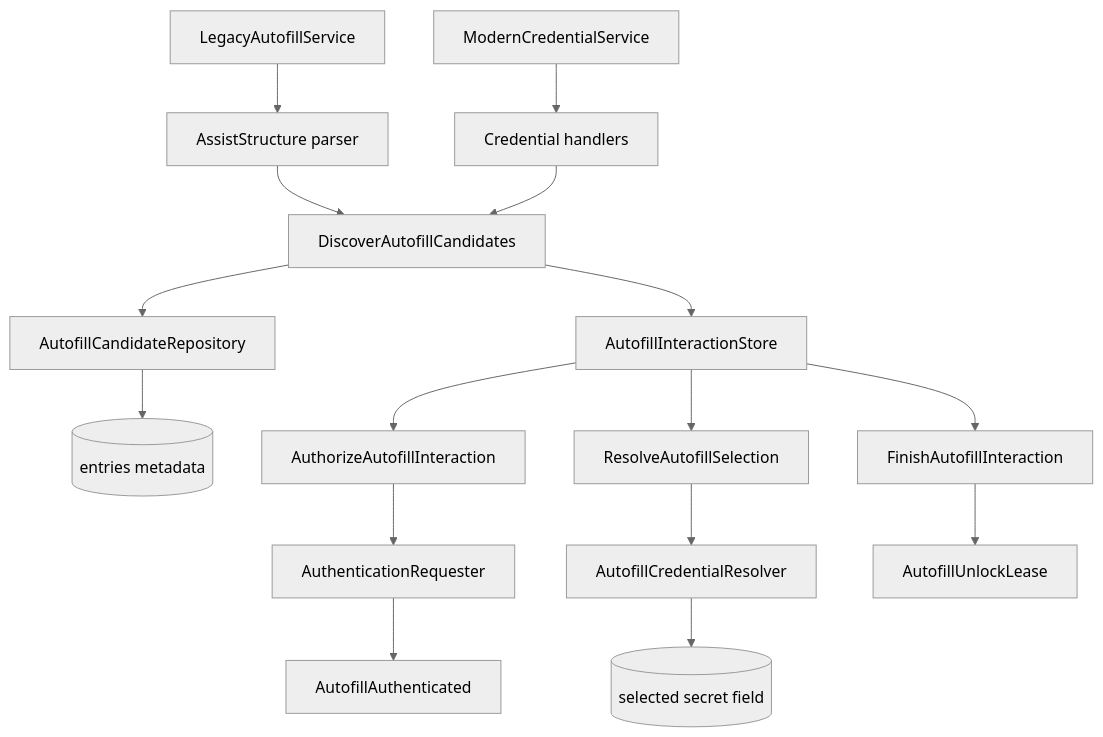
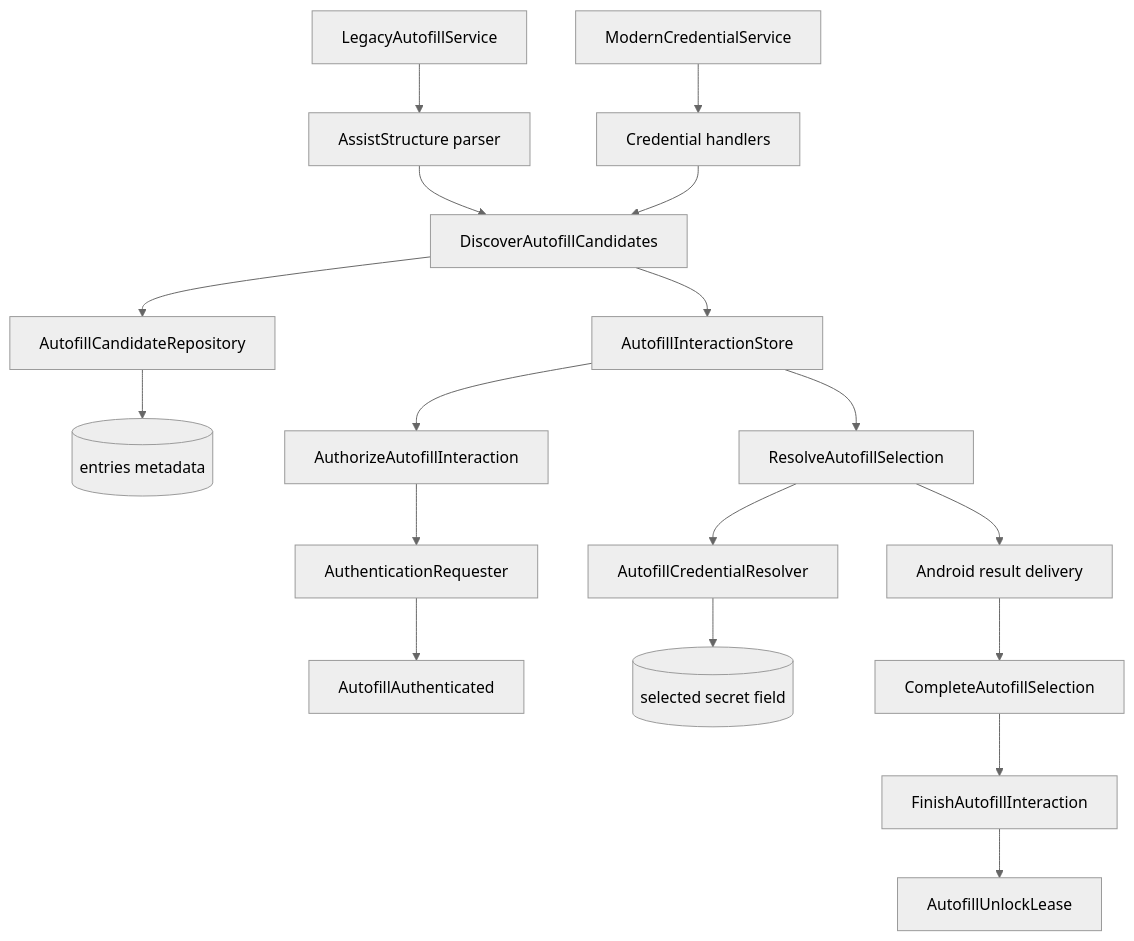
Before and after one commit to aozijx/Passly: the diagram in docs/security/autofill.md, drawn with Mermaid (neutral theme). The commit also changed other lines of this file and 48 other files, not shown here.

Commit message:
fix(autofill): preserve result delivery lifecycle

````diff
--- a/docs/security/autofill.md
+++ b/docs/security/autofill.md
@@ -11,18 +11,20 @@
 ```mermaid
 flowchart TD
     Legacy[LegacyAutofillService] --> Parse[AssistStructure parser]
     Credential[ModernCredentialService] --> CredentialAdapter[Credential handlers]
     Parse --> Discover[DiscoverAutofillCandidates]
     CredentialAdapter --> Discover
     Discover --> CandidateRepository[AutofillCandidateRepository]
     CandidateRepository --> Metadata[(entries metadata)]
     Discover --> Store[AutofillInteractionStore]
     Store --> Authorize[AuthorizeAutofillInteraction]
     Authorize --> Auth[AuthenticationRequester]
     Auth --> Temporary[AutofillAuthenticated]
     Store --> Resolve[ResolveAutofillSelection]
     Resolve --> Resolver[AutofillCredentialResolver]
     Resolver --> Secret[(selected secret field)]
-    Store --> Finish[FinishAutofillInteraction]
+    Resolve --> Platform[Android result delivery]
+    Platform --> Complete[CompleteAutofillSelection]
+    Complete --> Finish[FinishAutofillInteraction]
     Finish --> Lease[AutofillUnlockLease]
 ```
````
